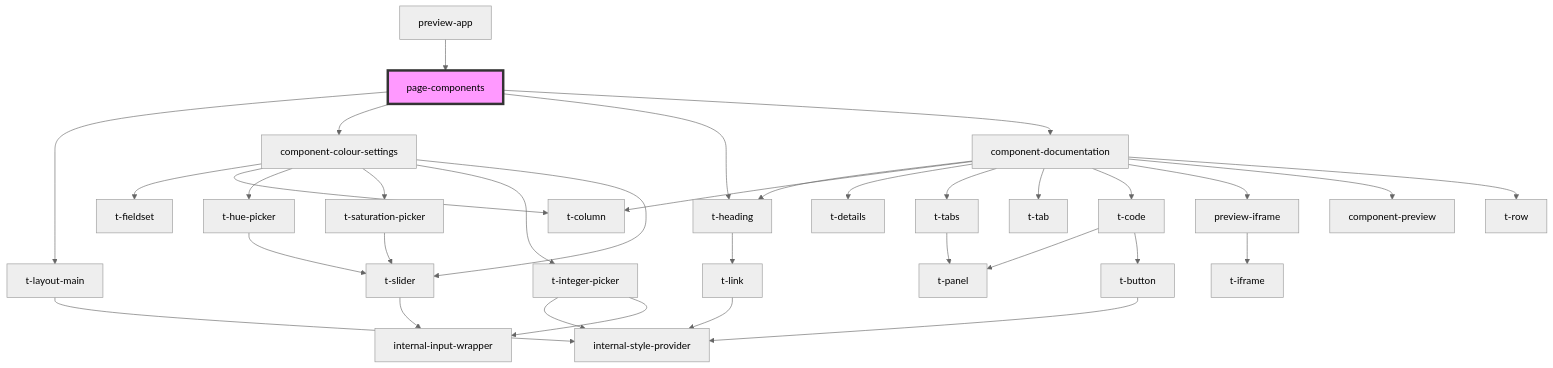
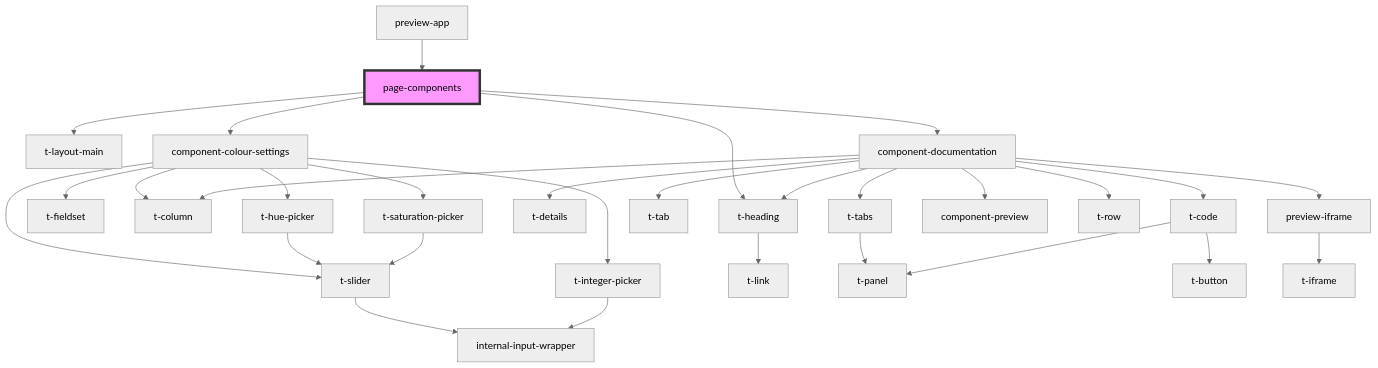
Before and after one commit to TomasEng/web-components: the diagram in packages/t-web-components/src/preview-app/page-components/readme.md, drawn with Mermaid (neutral theme). The commit also changed 63 other files, not shown here.

````diff
--- a/packages/t-web-components/src/preview-app/page-components/readme.md
+++ b/packages/t-web-components/src/preview-app/page-components/readme.md
@@ -36,37 +36,33 @@
 ```mermaid
 graph TD;
   page-components --> t-layout-main
   page-components --> component-colour-settings
   page-components --> t-heading
   page-components --> component-documentation
-  t-layout-main --> internal-style-provider
   component-colour-settings --> t-fieldset
   component-colour-settings --> t-column
   component-colour-settings --> t-hue-picker
   component-colour-settings --> t-saturation-picker
   component-colour-settings --> t-integer-picker
   component-colour-settings --> t-slider
   t-hue-picker --> t-slider
   t-slider --> internal-input-wrapper
   t-saturation-picker --> t-slider
-  t-integer-picker --> internal-style-provider
   t-integer-picker --> internal-input-wrapper
   t-heading --> t-link
-  t-link --> internal-style-provider
   component-documentation --> t-heading
   component-documentation --> t-column
   component-documentation --> t-details
   component-documentation --> t-tabs
   component-documentation --> t-tab
   component-documentation --> t-code
   component-documentation --> preview-iframe
   component-documentation --> component-preview
   component-documentation --> t-row
   t-tabs --> t-panel
   t-code --> t-panel
   t-code --> t-button
-  t-button --> internal-style-provider
   preview-iframe --> t-iframe
   preview-app --> page-components
   style page-components fill:#f9f,stroke:#333,stroke-width:4px
 ```
````
